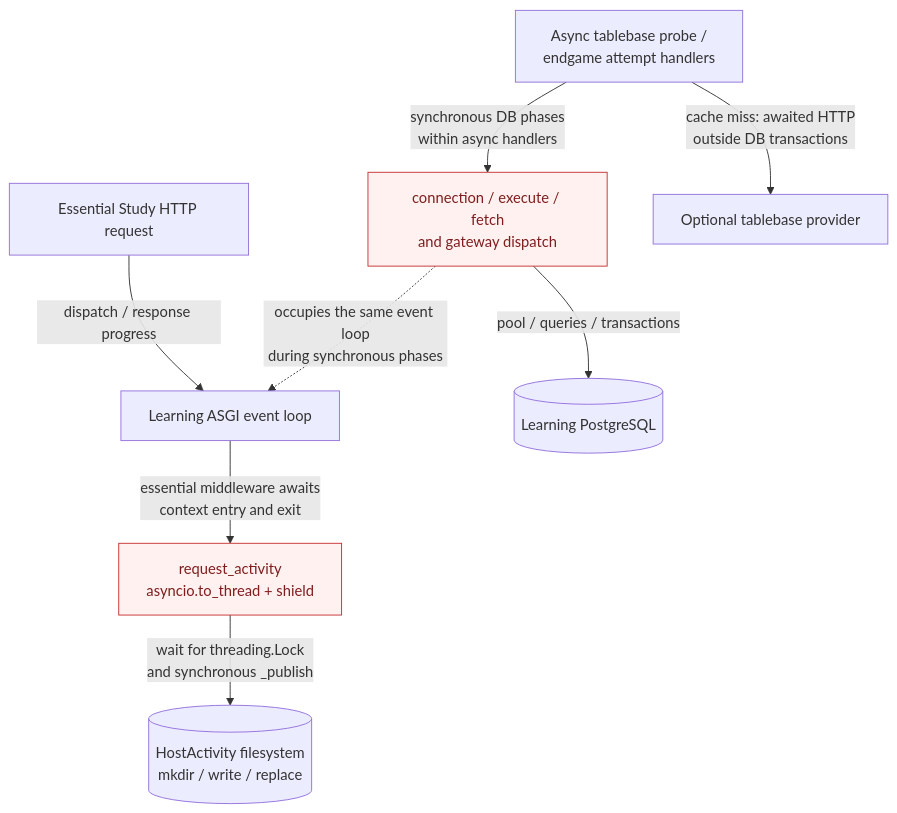
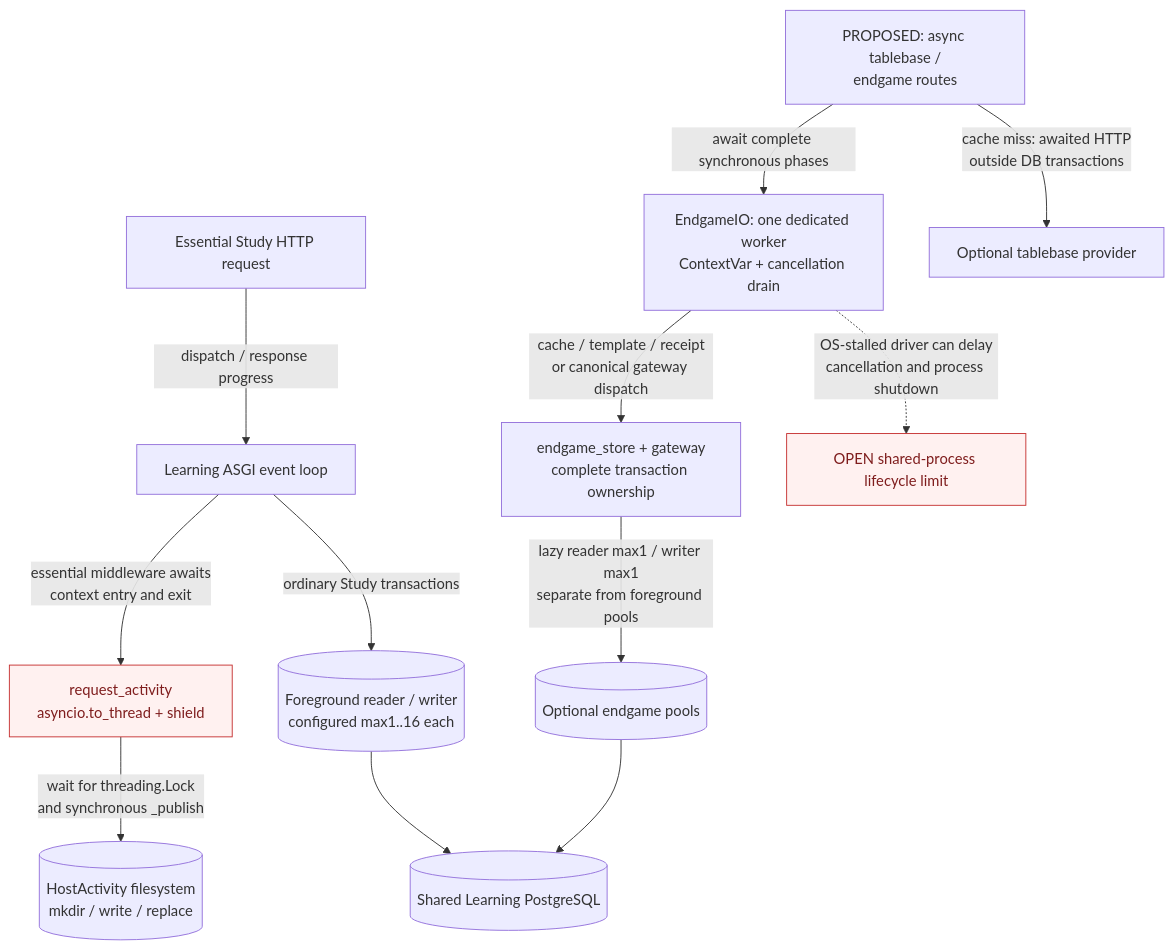
The third of 4 diagrams in docs/architecture/diagrams/study-games.md (aaweaver-actuary/tempo), drawn with Mermaid before and after one commit. The commit also changed other lines of this file and 1 other file, not shown here.

Commit message:
Document scoped endgame isolation and verify separate writer capacity

````diff
--- a/docs/architecture/diagrams/study-games.md
+++ b/docs/architecture/diagrams/study-games.md
@@ -119,12 +121,16 @@
 ```mermaid
 flowchart TB
   Study["Essential Study HTTP request"] -->|"dispatch / response progress"| Loop["Learning ASGI event loop"]
   Loop -->|"essential middleware awaits<br/>context entry and exit"| Activity["request_activity<br/>asyncio.to_thread + shield"]
   Activity -->|"wait for threading.Lock<br/>and synchronous _publish"| Files[("HostActivity filesystem<br/>mkdir / write / replace")]
-  Endgame["Async tablebase probe /<br/>endgame attempt handlers"] -->|"synchronous DB phases<br/>within async handlers"| Sync["connection / execute / fetch<br/>and gateway dispatch"]
-  Sync -->|"pool / queries / transactions"| DB[("Learning PostgreSQL")]
-  Sync -.->|"occupies the same event loop<br/>during synchronous phases"| Loop
+  Endgame["PROPOSED: async tablebase /<br/>endgame routes"] -->|"await complete synchronous phases"| Worker["EndgameIO: one dedicated worker<br/>ContextVar + cancellation drain"]
+  Worker -->|"cache / template / receipt<br/>or canonical gateway dispatch"| Sync["endgame_store + gateway<br/>complete transaction ownership"]
+  Sync -->|"lazy reader max1 / writer max1<br/>separate from foreground pools"| Optional[("Optional endgame pools")]
+  Optional --> DB[("Shared Learning PostgreSQL")]
+  Loop -->|"ordinary Study transactions"| Foreground[("Foreground reader / writer<br/>configured max1..16 each")]
+  Foreground --> DB
+  Worker -.->|"OS-stalled driver can delay<br/>cancellation and process shutdown"| Shutdown["OPEN shared-process lifecycle limit"]
   Endgame -->|"cache miss: awaited HTTP<br/>outside DB transactions"| Provider["Optional tablebase provider"]
   classDef gap fill:#fff1f0,stroke:#c53030,color:#7f1d1d
-  class Activity,Sync gap
+  class Activity,Shutdown gap
 ```
````
